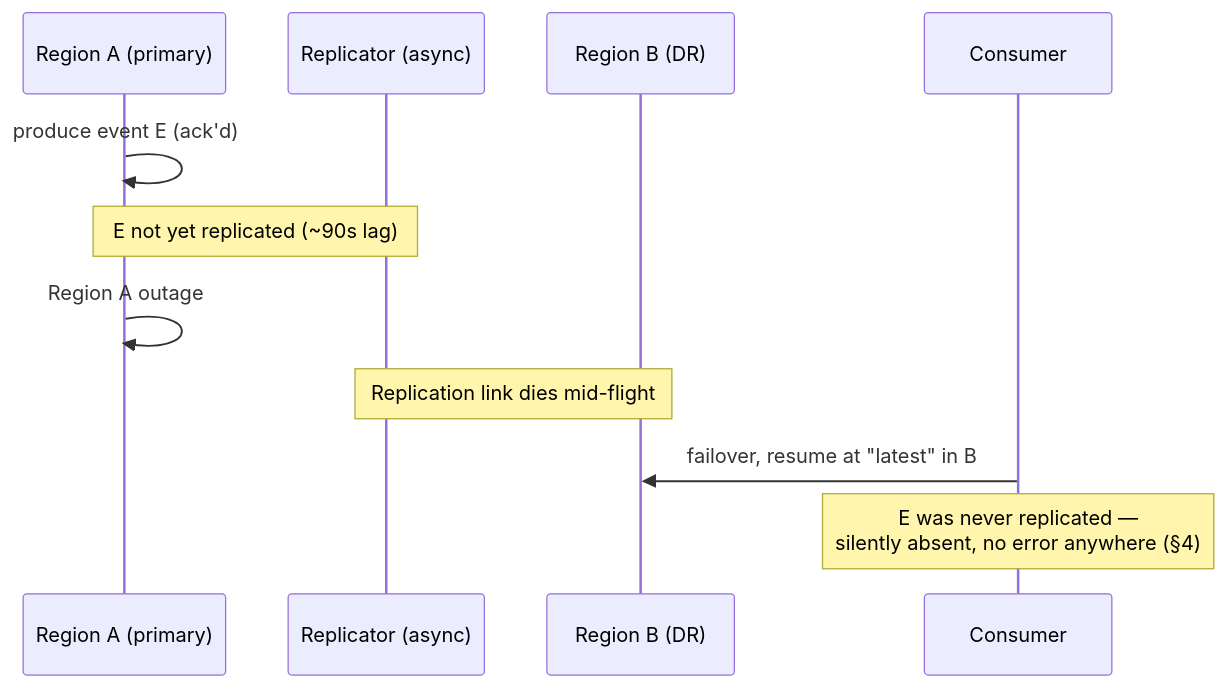
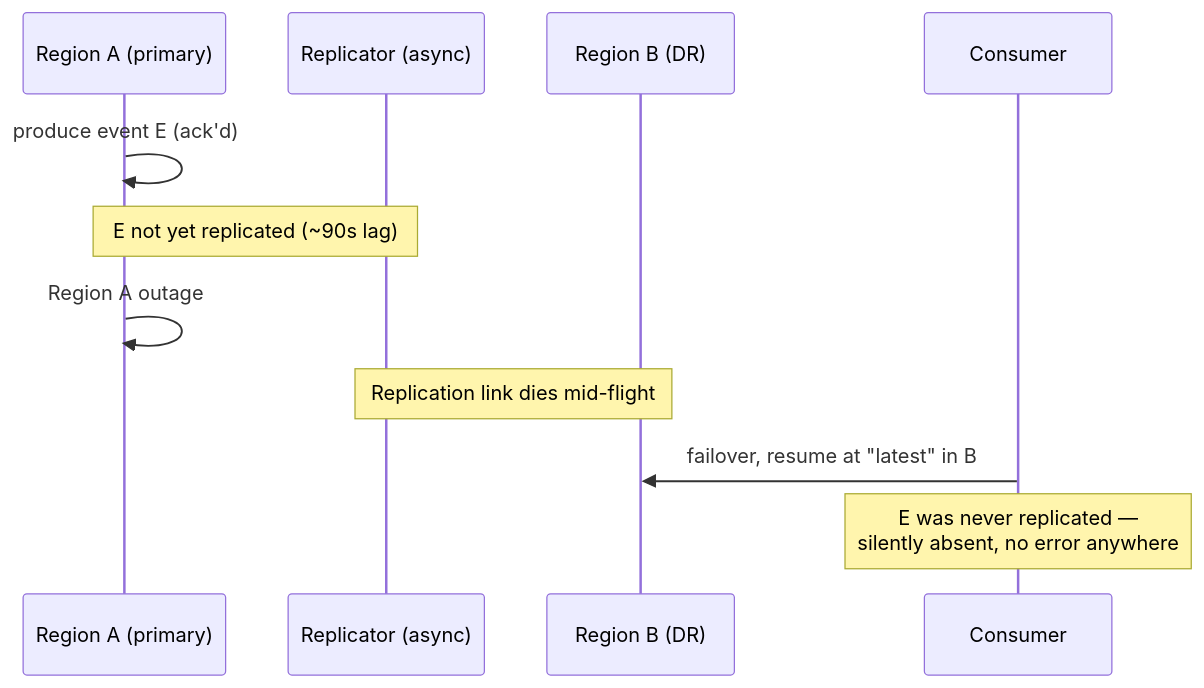
Before and after one commit to umashankarp/InterviewQuestions: the second of 4 diagrams in 18-Event-Driven-Architecture/05-CrossRegion-MultiCluster-Event-Distribution.md, drawn with Mermaid. The commit also changed other lines of this file and 173 other files, not shown here.

````diff
--- a/18-Event-Driven-Architecture/05-CrossRegion-MultiCluster-Event-Distribution.md
+++ b/18-Event-Driven-Architecture/05-CrossRegion-MultiCluster-Event-Distribution.md
@@ -78,14 +78,14 @@
 ```mermaid
 sequenceDiagram
-    participant RA as Region A (primary)
-    participant Rep as Replicator (async)
-    participant RB as Region B (DR)
-    participant Con as Consumer
+ participant RA as Region A (primary)
+ participant Rep as Replicator (async)
+ participant RB as Region B (DR)
+ participant Con as Consumer
 
-    RA->>RA: produce event E (ack'd)
-    Note over RA,Rep: E not yet replicated (~90s lag)
-    RA->>RA: Region A outage
-    Note over Rep,RB: Replication link dies mid-flight
-    Con->>RB: failover, resume at "latest" in B
-    Note over Con: E was never replicated —<br/>silently absent, no error anywhere (§4)
+ RA->>RA: produce event E (ack'd)
+ Note over RA,Rep: E not yet replicated (~90s lag)
+ RA->>RA: Region A outage
+ Note over Rep,RB: Replication link dies mid-flight
+ Con->>RB: failover, resume at "latest" in B
+ Note over Con: E was never replicated —<br/>silently absent, no error anywhere
 ```
````
